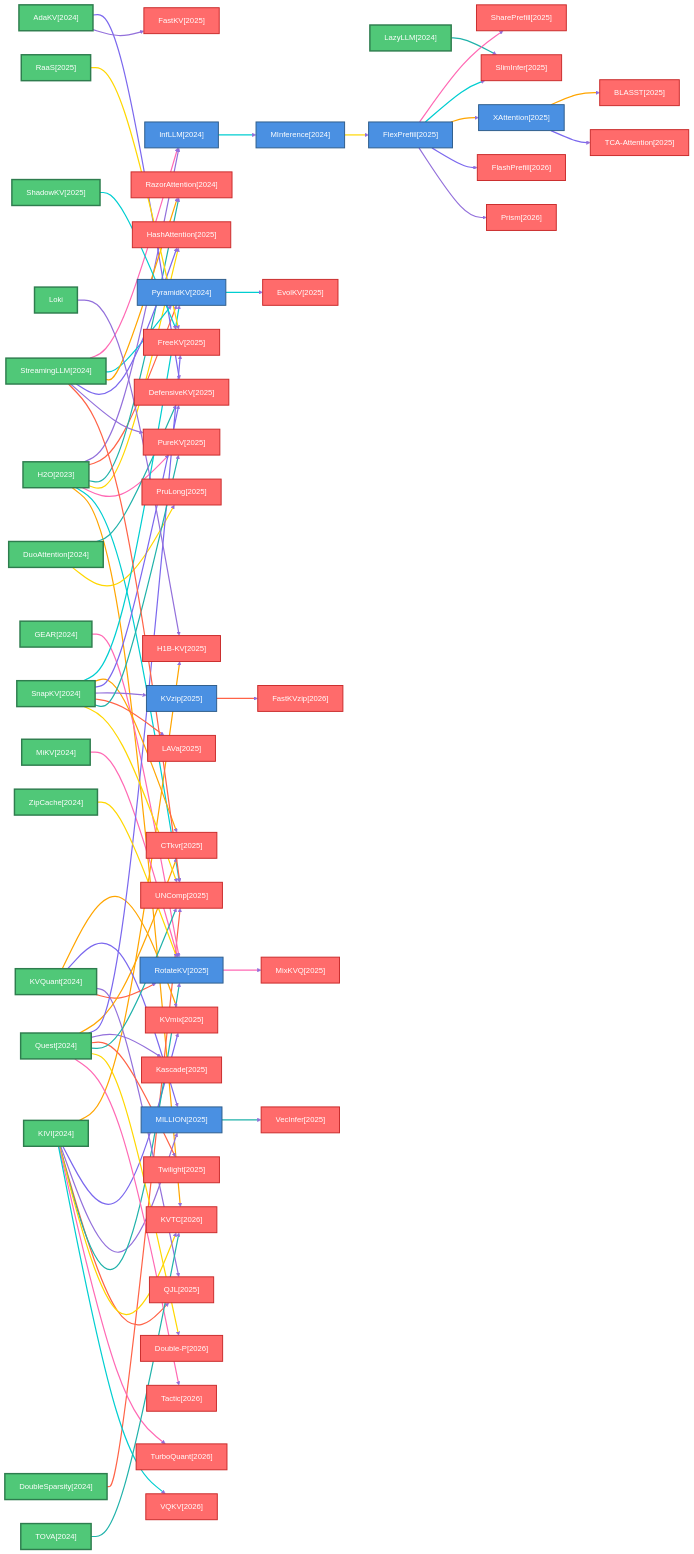
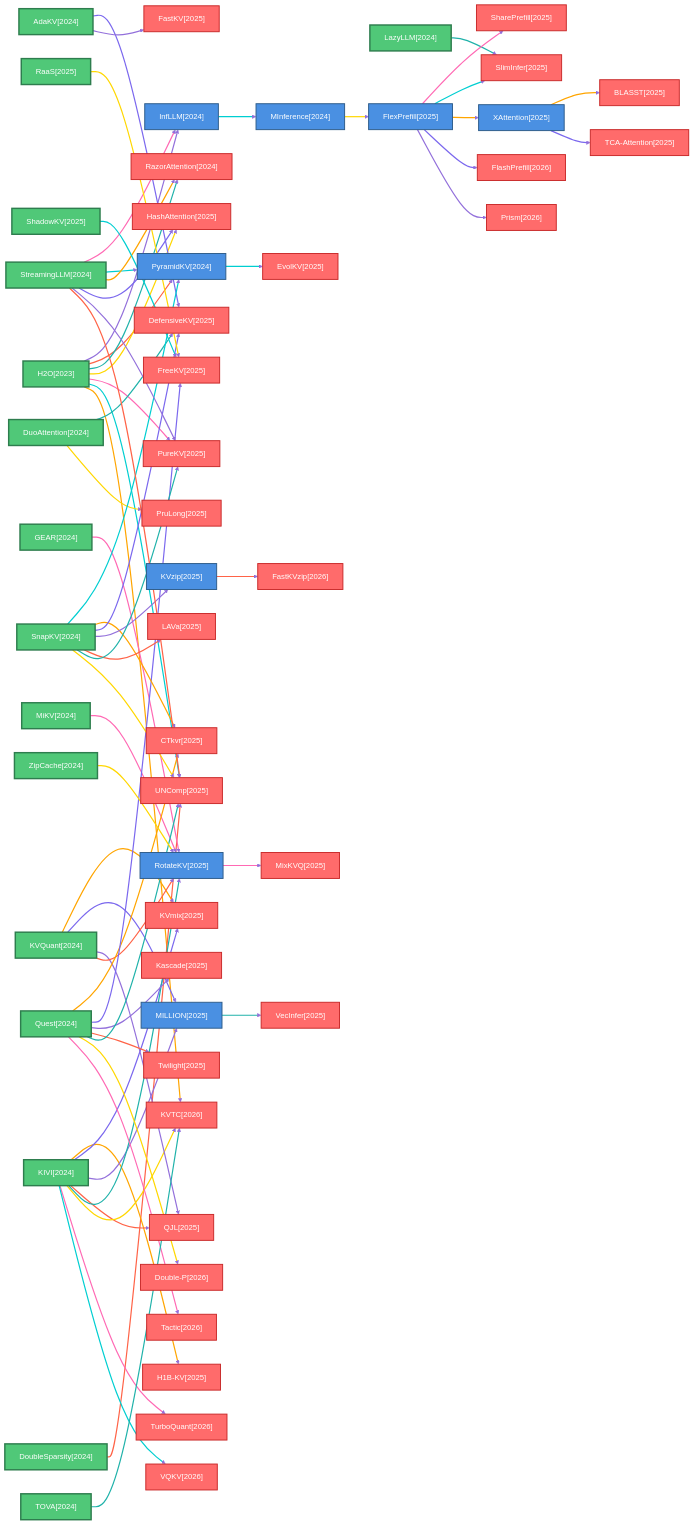
Before and after one commit to hustzxd/EfficientPaper: the first of 13 diagrams in docs/baseline_methods_graph.md, drawn with Mermaid. The commit also changed other lines of this file and 32 other files, not shown here.

````diff
--- a/docs/baseline_methods_graph.md
+++ b/docs/baseline_methods_graph.md
@@ -177,9 +177,6 @@
     2026_VQKV["VQKV[2026]"]
     class 2026_VQKV leafNode
     click 2026_VQKV "../?search=VQKV" _blank
-    Loki["Loki"]
-    class Loki rootNode
-    click Loki "../?search=Loki" _blank
 
     2023_H2O ==>|" "| 2024_InfLLM
     linkStyle 0 stroke:#9370DB,stroke-width:2.5px
@@ -309,6 +306,4 @@
     linkStyle 62 stroke:#FFA500,stroke-width:2.5px
     2025_XAttention ==>|" "| 2025_TCA_Attention
     linkStyle 63 stroke:#7B68EE,stroke-width:2.5px
-    Loki ==>|" "| 2025_H1B_KV
-    linkStyle 64 stroke:#9370DB,stroke-width:2.5px
 ```
````
